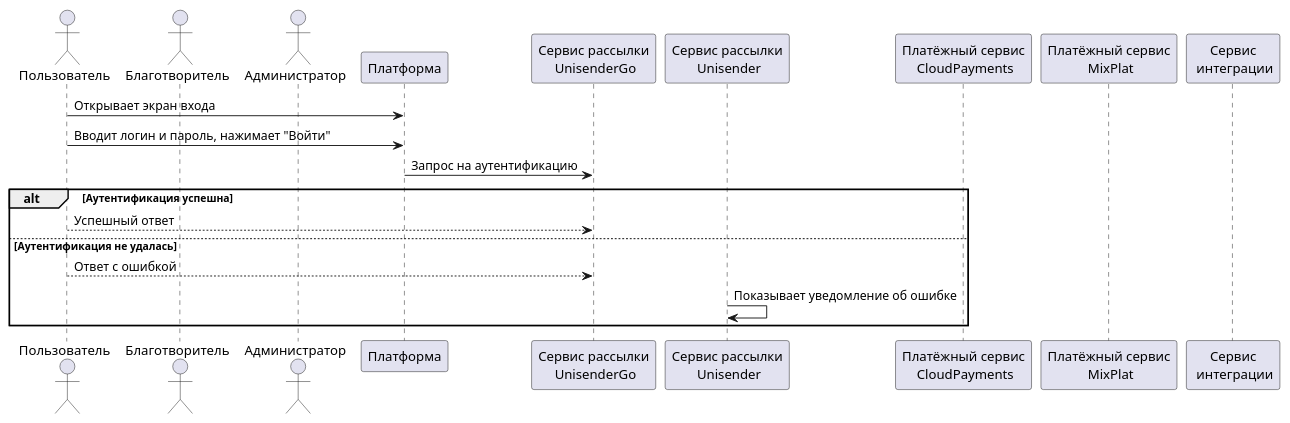
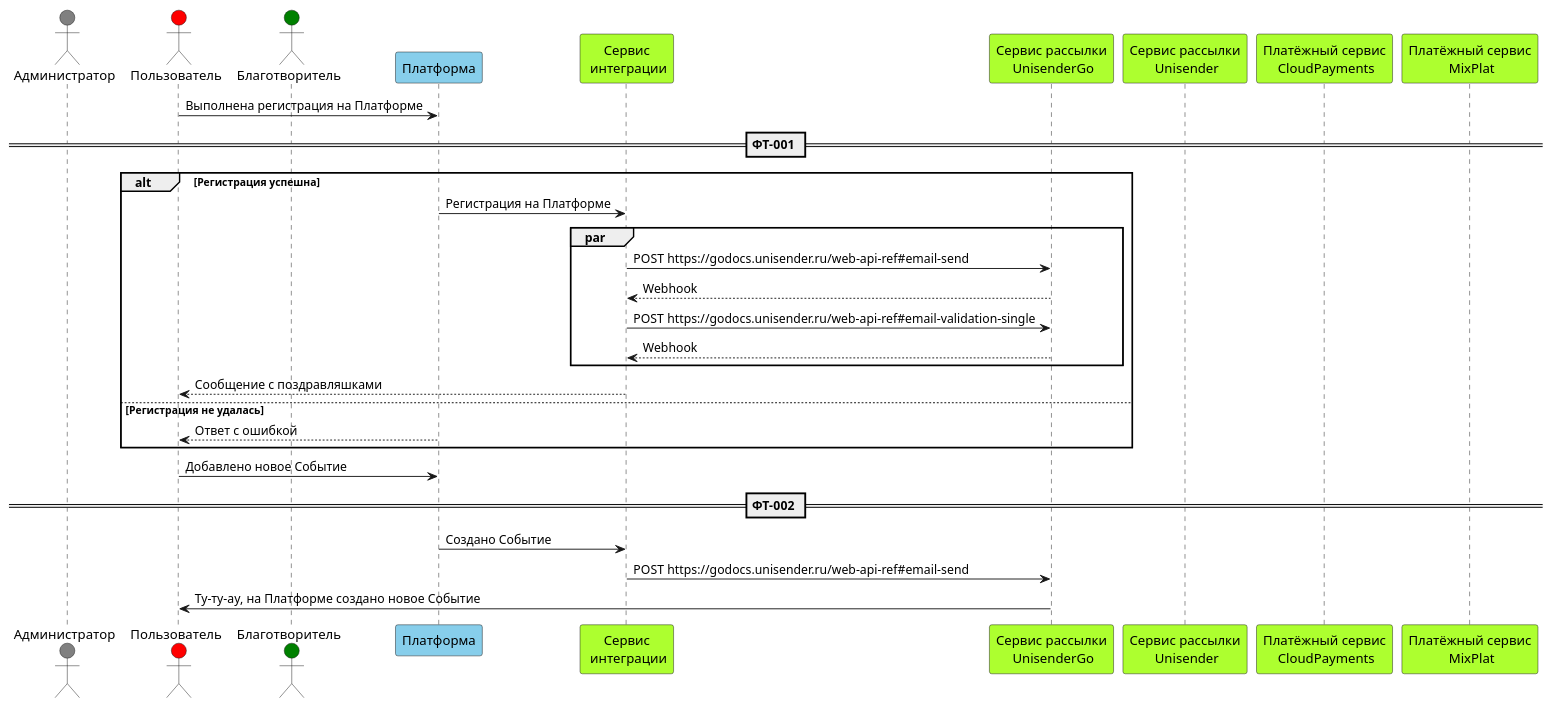
The diagram in SequenceDiagram/sequenceDiagramAll.puml (trofimovelijah/mayak_integration_service), drawn with PlantUML before and after one commit. The commit also changed 1 other file, not shown here.

Commit message:
первые наброски диаграммы последовательности

```diff
--- a/SequenceDiagram/sequenceDiagramAll.puml
+++ b/SequenceDiagram/sequenceDiagramAll.puml
@@ -1,26 +1,37 @@
-@startuml Authentication
+@startuml Mayak
 
 ' Определение участников диаграммы
-actor "Пользователь" as User
-actor "Благотворитель" as Donor 
-actor "Администратор" as Admin 
-participant "Платформа" as Platform 
-participant "Сервис рассылки\n UnisenderGo" as UnisenderGo
-participant "Сервис рассылки\n Unisender" as Unisender
-participant "Платёжный сервис\n CloudPayments" as CloudPayments
-participant "Платёжный сервис\n MixPlat" as MixPlat
-participant "Сервис\n интеграции" as IntegrationService
+actor "Администратор" as Admin #Gray 
+actor "Пользователь" as User #Red
+actor "Благотворитель" as Donor #Green
+participant "Платформа" as Platform #SkyBlue
+participant "Сервис\n интеграции" as IntegrationService #GreenYellow
+participant "Сервис рассылки\n UnisenderGo" as UnisenderGo #GreenYellow
+participant "Сервис рассылки\n Unisender" as Unisender #GreenYellow
+participant "Платёжный сервис\n CloudPayments" as CloudPayments #GreenYellow
+participant "Платёжный сервис\n MixPlat" as MixPlat #GreenYellow
 
 ' Описание последовательности сообщений
-User -> Platform: Открывает экран входа
-User -> Platform: Вводит логин и пароль, нажимает "Войти"
-Platform -> UnisenderGo: Запрос на аутентификацию
+User -> Platform: Выполнена регистрация на Платформе
+== ФТ-001 ==
+alt Регистрация успешна
+    Platform -> IntegrationService: Регистрация на Платформе
+        par 
+        IntegrationService -> UnisenderGo: POST https://godocs.unisender.ru/web-api-ref#email-send
+        UnisenderGo --> IntegrationService: Webhook
+        IntegrationService -> UnisenderGo: POST https://godocs.unisender.ru/web-api-ref#email-validation-single
+        UnisenderGo --> IntegrationService: Webhook
+        end
+    IntegrationService --> User: Сообщение с поздравляшками
+else Регистрация не удалась
+    Platform --> User: Ответ с ошибкой
+end 
 
-alt Аутентификация успешна
-    User --> UnisenderGo: Успешный ответ
-else Аутентификация не удалась
-    User --> UnisenderGo: Ответ с ошибкой
-    Unisender -> Unisender: Показывает уведомление об ошибке
-end
+User -> Platform: Добавлено новое Событие
+== ФТ-002 ==
+Platform -> IntegrationService: Создано Событие
+IntegrationService -> UnisenderGo: POST https://godocs.unisender.ru/web-api-ref#email-send 
+UnisenderGo -> User: Ту-ту-ау, на Платформе создано новое Событие
+
 
 @enduml
```
